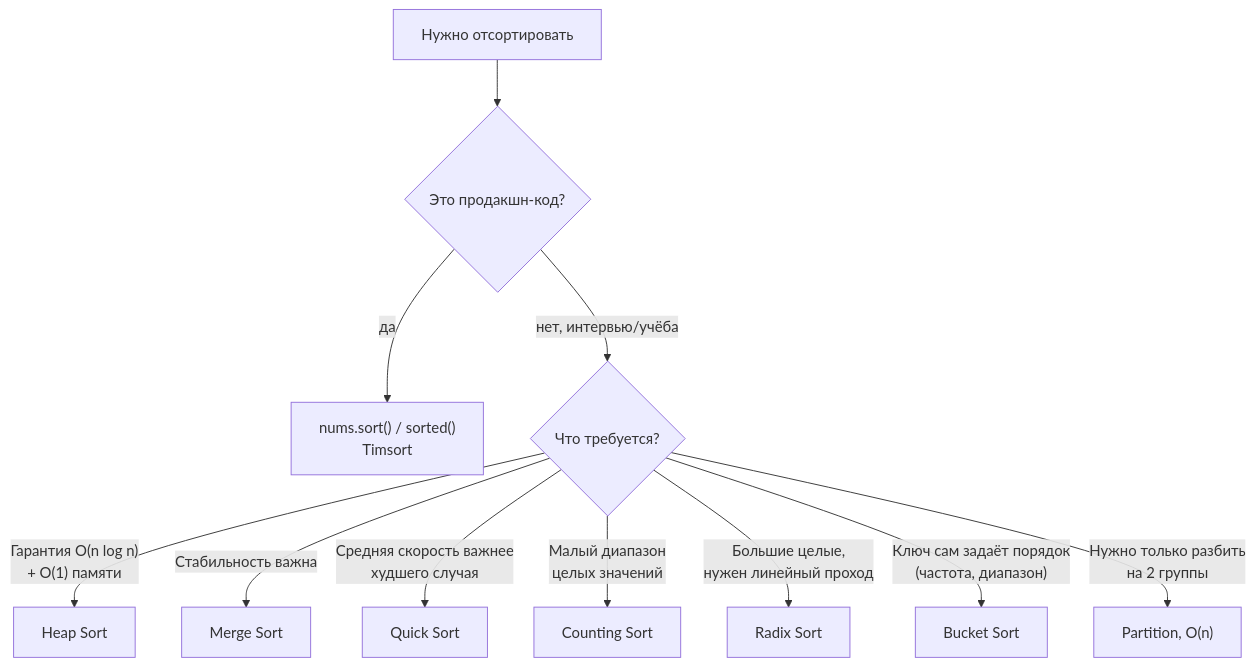
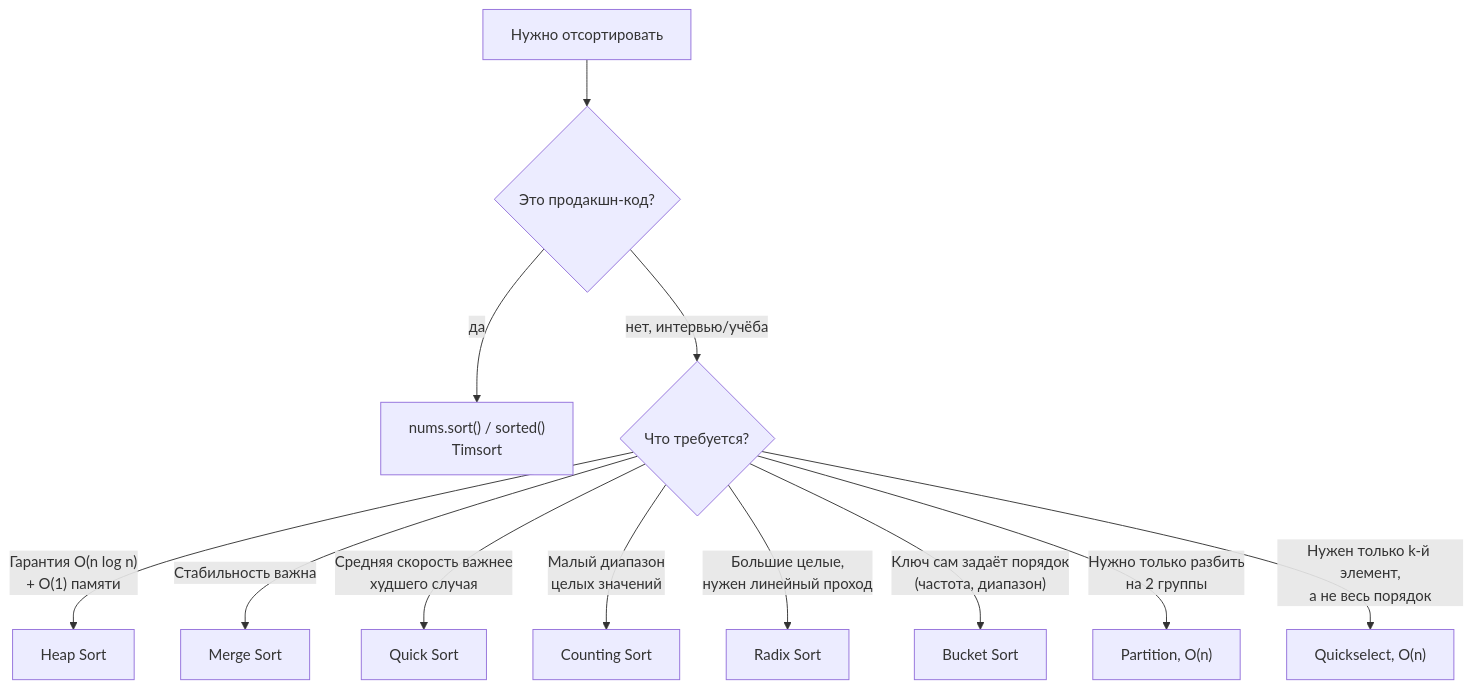
The sixth of 6 diagrams in Sort/README.md (lychagin/leetcode-tasks), drawn with Mermaid before and after one commit. The commit also changed other lines of this file and 7 other files, not shown here.

````diff
--- a/Sort/README.md
+++ b/Sort/README.md
@@ -1297,13 +1605,14 @@
 ```mermaid
 flowchart TD
     A["Нужно отсортировать"] --> B{"Это продакшн-код?"}
     B -->|да| C["nums.sort() / sorted()<br/>Timsort"]
     B -->|нет, интервью/учёба| D{"Что требуется?"}
     D -->|"Гарантия O(n log n)<br/>+ O(1) памяти"| E["Heap Sort"]
     D -->|"Стабильность важна"| F["Merge Sort"]
     D -->|"Средняя скорость важнее<br/>худшего случая"| G["Quick Sort"]
     D -->|"Малый диапазон<br/>целых значений"| H["Counting Sort"]
     D -->|"Большие целые,<br/>нужен линейный проход"| H2["Radix Sort"]
     D -->|"Ключ сам задаёт порядок<br/>(частота, диапазон)"| H3["Bucket Sort"]
     D -->|"Нужно только разбить<br/>на 2 группы"| I["Partition, O(n)"]
+    D -->|"Нужен только k-й элемент,<br/>а не весь порядок"| J["Quickselect, O(n)"]
 ```
````
